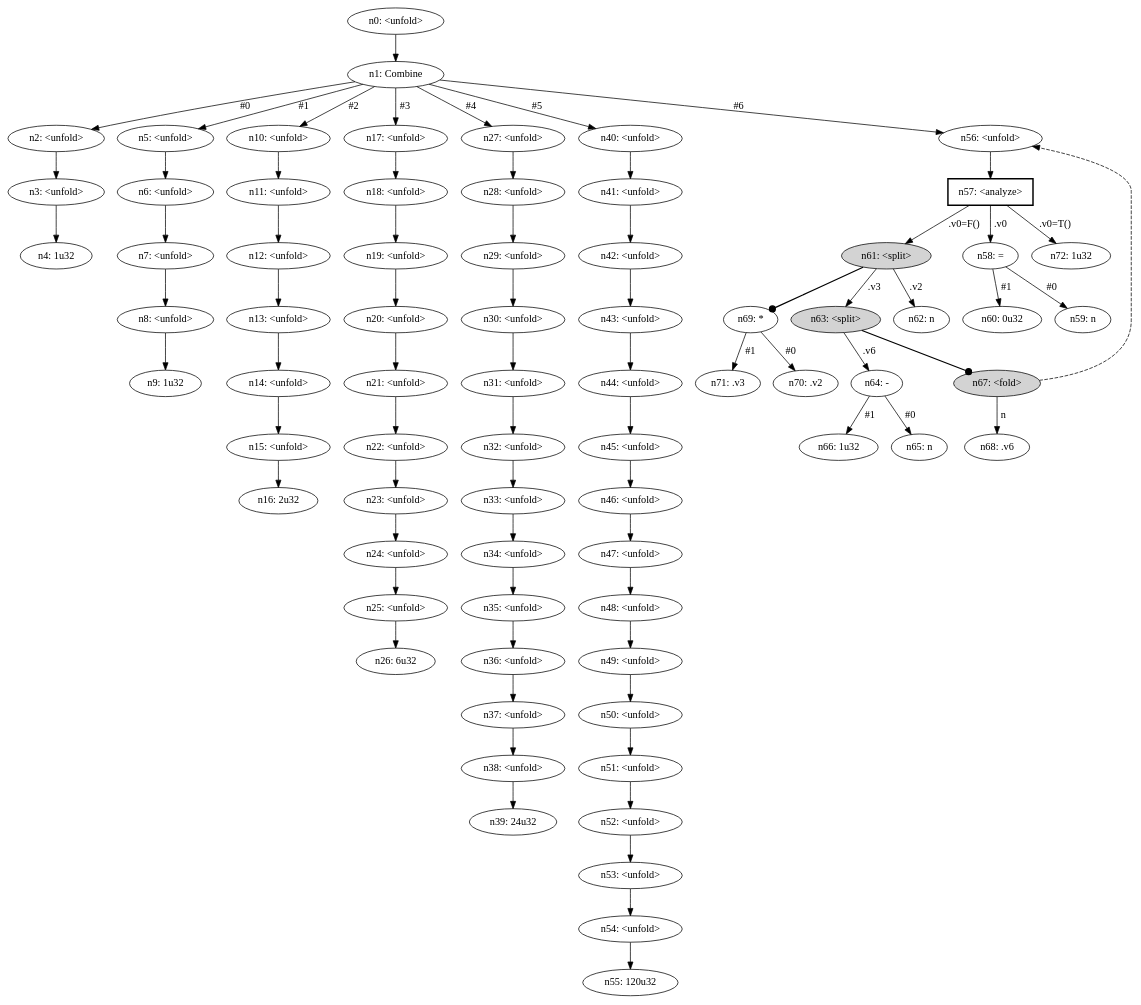
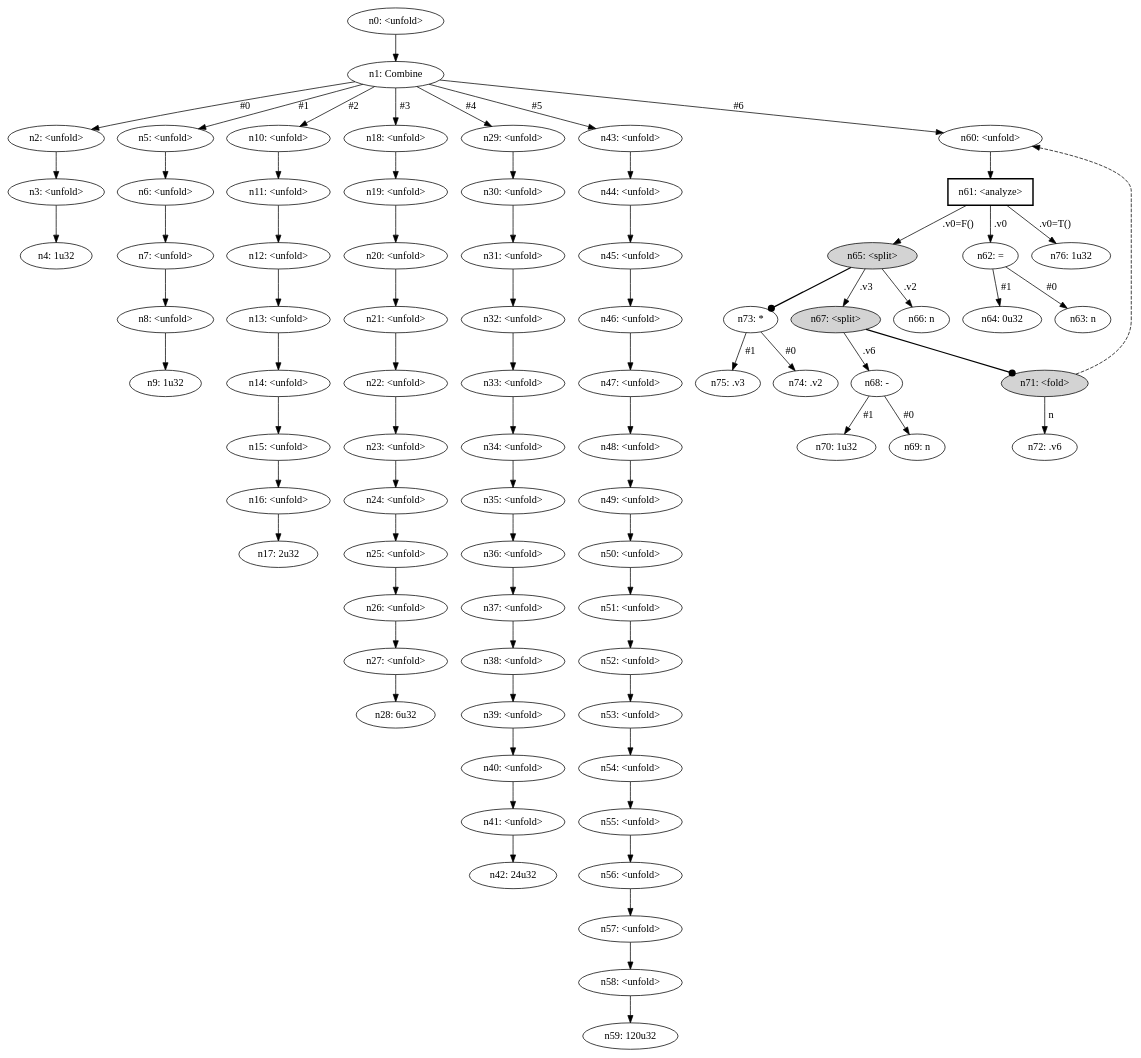
The diagram in examples/factorial/target/graph.dot (mazeppa-dev/mazeppa), drawn with Graphviz before and after one commit. The commit also changed 34 other files, not shown here.

```diff
--- a/examples/factorial/target/graph.dot
+++ b/examples/factorial/target/graph.dot
@@ -1,150 +1,158 @@
 digraph {
     node [fontname="bold helvetica"];
     edge [fontname="bold helvetica"];
     n0 [label="n0: <unfold>"];
     n1 [label="n1: Combine"];
     n0 -> n1;
     n2 [label="n2: <unfold>"];
     n1 -> n2 [label=" #0 "];
     n3 [label="n3: <unfold>"];
     n2 -> n3;
     n4 [label="n4: 1u32"];
     n3 -> n4;
     n5 [label="n5: <unfold>"];
     n1 -> n5 [label=" #1 "];
     n6 [label="n6: <unfold>"];
     n5 -> n6;
     n7 [label="n7: <unfold>"];
     n6 -> n7;
     n8 [label="n8: <unfold>"];
     n7 -> n8;
     n9 [label="n9: 1u32"];
     n8 -> n9;
     n10 [label="n10: <unfold>"];
     n1 -> n10 [label=" #2 "];
     n11 [label="n11: <unfold>"];
     n10 -> n11;
     n12 [label="n12: <unfold>"];
     n11 -> n12;
     n13 [label="n13: <unfold>"];
     n12 -> n13;
     n14 [label="n14: <unfold>"];
     n13 -> n14;
     n15 [label="n15: <unfold>"];
     n14 -> n15;
-    n16 [label="n16: 2u32"];
+    n16 [label="n16: <unfold>"];
     n15 -> n16;
-    n17 [label="n17: <unfold>"];
-    n1 -> n17 [label=" #3 "];
+    n17 [label="n17: 2u32"];
+    n16 -> n17;
     n18 [label="n18: <unfold>"];
-    n17 -> n18;
+    n1 -> n18 [label=" #3 "];
     n19 [label="n19: <unfold>"];
     n18 -> n19;
     n20 [label="n20: <unfold>"];
     n19 -> n20;
     n21 [label="n21: <unfold>"];
     n20 -> n21;
     n22 [label="n22: <unfold>"];
     n21 -> n22;
     n23 [label="n23: <unfold>"];
     n22 -> n23;
     n24 [label="n24: <unfold>"];
     n23 -> n24;
     n25 [label="n25: <unfold>"];
     n24 -> n25;
-    n26 [label="n26: 6u32"];
+    n26 [label="n26: <unfold>"];
     n25 -> n26;
     n27 [label="n27: <unfold>"];
-    n1 -> n27 [label=" #4 "];
-    n28 [label="n28: <unfold>"];
+    n26 -> n27;
+    n28 [label="n28: 6u32"];
     n27 -> n28;
     n29 [label="n29: <unfold>"];
-    n28 -> n29;
+    n1 -> n29 [label=" #4 "];
     n30 [label="n30: <unfold>"];
     n29 -> n30;
     n31 [label="n31: <unfold>"];
     n30 -> n31;
     n32 [label="n32: <unfold>"];
     n31 -> n32;
     n33 [label="n33: <unfold>"];
     n32 -> n33;
     n34 [label="n34: <unfold>"];
     n33 -> n34;
     n35 [label="n35: <unfold>"];
     n34 -> n35;
     n36 [label="n36: <unfold>"];
     n35 -> n36;
     n37 [label="n37: <unfold>"];
     n36 -> n37;
     n38 [label="n38: <unfold>"];
     n37 -> n38;
-    n39 [label="n39: 24u32"];
+    n39 [label="n39: <unfold>"];
     n38 -> n39;
     n40 [label="n40: <unfold>"];
-    n1 -> n40 [label=" #5 "];
+    n39 -> n40;
     n41 [label="n41: <unfold>"];
     n40 -> n41;
-    n42 [label="n42: <unfold>"];
+    n42 [label="n42: 24u32"];
     n41 -> n42;
     n43 [label="n43: <unfold>"];
-    n42 -> n43;
+    n1 -> n43 [label=" #5 "];
     n44 [label="n44: <unfold>"];
     n43 -> n44;
     n45 [label="n45: <unfold>"];
     n44 -> n45;
     n46 [label="n46: <unfold>"];
     n45 -> n46;
     n47 [label="n47: <unfold>"];
     n46 -> n47;
     n48 [label="n48: <unfold>"];
     n47 -> n48;
     n49 [label="n49: <unfold>"];
     n48 -> n49;
     n50 [label="n50: <unfold>"];
     n49 -> n50;
     n51 [label="n51: <unfold>"];
     n50 -> n51;
     n52 [label="n52: <unfold>"];
     n51 -> n52;
     n53 [label="n53: <unfold>"];
     n52 -> n53;
     n54 [label="n54: <unfold>"];
     n53 -> n54;
-    n55 [label="n55: 120u32"];
+    n55 [label="n55: <unfold>"];
     n54 -> n55;
     n56 [label="n56: <unfold>"];
-    n1 -> n56 [label=" #6 "];
-    n57 [label="n57: <analyze>"] [shape=box style=bold];
+    n55 -> n56;
+    n57 [label="n57: <unfold>"];
     n56 -> n57;
-    n58 [label="n58: ="];
-    n57 -> n58 [label=" .v0 "];
-    n59 [label="n59: n"];
-    n58 -> n59 [label=" #0 "];
-    n60 [label="n60: 0u32"];
-    n58 -> n60 [label=" #1 "];
-    n61 [label="n61: <split>"] [style=filled];
-    n57 -> n61 [label=" .v0=F() "];
-    n62 [label="n62: n"];
-    n61 -> n62 [label=" .v2 "];
-    n63 [label="n63: <split>"] [style=filled];
-    n61 -> n63 [label=" .v3 "];
-    n64 [label="n64: -"];
-    n63 -> n64 [label=" .v6 "];
-    n65 [label="n65: n"];
-    n64 -> n65 [label=" #0 "];
-    n66 [label="n66: 1u32"];
-    n64 -> n66 [label=" #1 "];
-    n67 [label="n67: <fold>"] [style=filled];
-    n63 -> n67 [penwidth=1.7 arrowhead=dot];
-    n67 -> n56 [style=dashed];
-    n68 [label="n68: .v6"];
-    n67 -> n68 [label=" n "];
-    n69 [label="n69: *"];
-    n61 -> n69 [penwidth=1.7 arrowhead=dot];
-    n70 [label="n70: .v2"];
-    n69 -> n70 [label=" #0 "];
-    n71 [label="n71: .v3"];
-    n69 -> n71 [label=" #1 "];
-    n72 [label="n72: 1u32"];
-    n57 -> n72 [label=" .v0=T() "];
+    n58 [label="n58: <unfold>"];
+    n57 -> n58;
+    n59 [label="n59: 120u32"];
+    n58 -> n59;
+    n60 [label="n60: <unfold>"];
+    n1 -> n60 [label=" #6 "];
+    n61 [label="n61: <analyze>"] [shape=box style=bold];
+    n60 -> n61;
+    n62 [label="n62: ="];
+    n61 -> n62 [label=" .v0 "];
+    n63 [label="n63: n"];
+    n62 -> n63 [label=" #0 "];
+    n64 [label="n64: 0u32"];
+    n62 -> n64 [label=" #1 "];
+    n65 [label="n65: <split>"] [style=filled];
+    n61 -> n65 [label=" .v0=F() "];
+    n66 [label="n66: n"];
+    n65 -> n66 [label=" .v2 "];
+    n67 [label="n67: <split>"] [style=filled];
+    n65 -> n67 [label=" .v3 "];
+    n68 [label="n68: -"];
+    n67 -> n68 [label=" .v6 "];
+    n69 [label="n69: n"];
+    n68 -> n69 [label=" #0 "];
+    n70 [label="n70: 1u32"];
+    n68 -> n70 [label=" #1 "];
+    n71 [label="n71: <fold>"] [style=filled];
+    n67 -> n71 [penwidth=1.7 arrowhead=dot];
+    n71 -> n60 [style=dashed];
+    n72 [label="n72: .v6"];
+    n71 -> n72 [label=" n "];
+    n73 [label="n73: *"];
+    n65 -> n73 [penwidth=1.7 arrowhead=dot];
+    n74 [label="n74: .v2"];
+    n73 -> n74 [label=" #0 "];
+    n75 [label="n75: .v3"];
+    n73 -> n75 [label=" #1 "];
+    n76 [label="n76: 1u32"];
+    n61 -> n76 [label=" .v0=T() "];
 }
```
